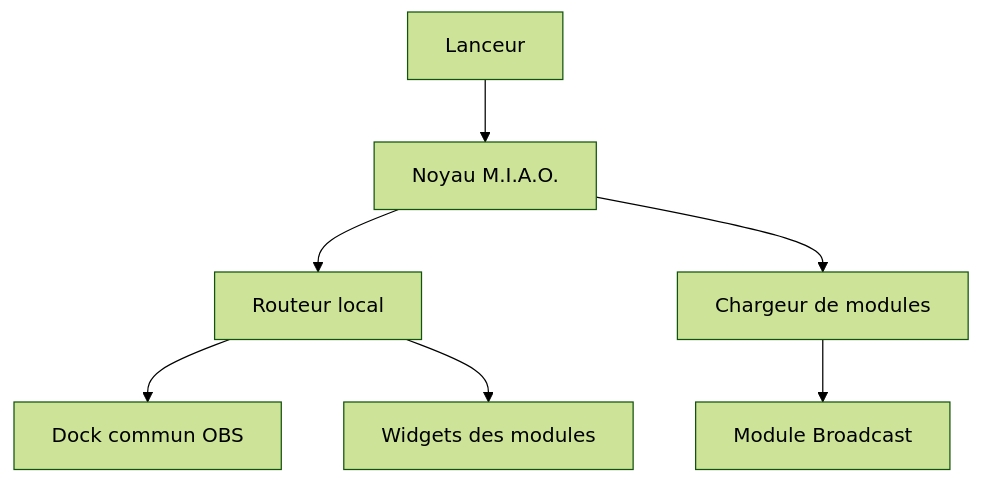
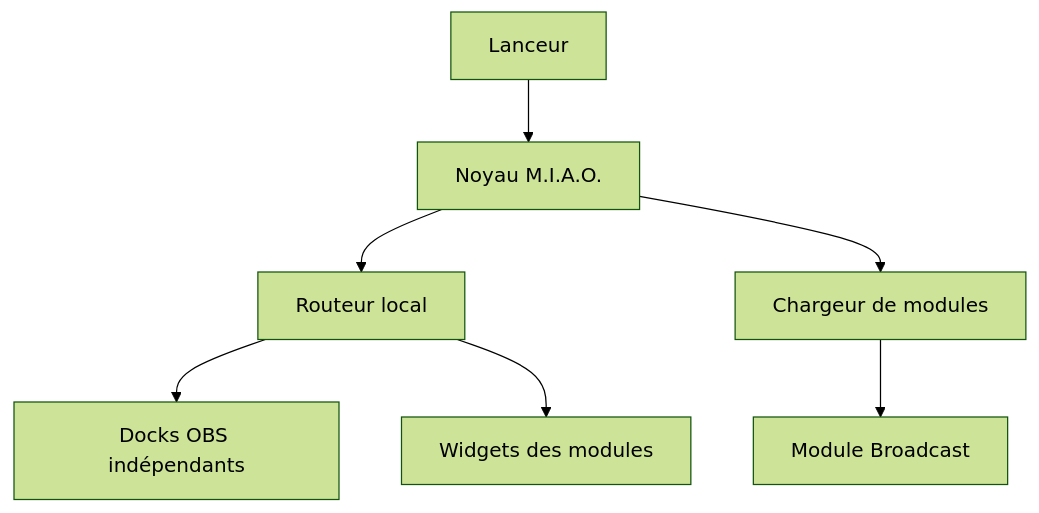
The diagram in docs/ARCHITECTURE.md (Nexplys/MIAO), drawn with Mermaid (forest theme) before and after one commit. The commit also changed other lines of this file and 21 other files, not shown here.

````diff
--- a/docs/ARCHITECTURE.md
+++ b/docs/ARCHITECTURE.md
@@ -7,9 +7,9 @@
 ```mermaid
 flowchart TD
     L[Lanceur] --> C[Noyau M.I.A.O.]
     C --> R[Routeur local]
     C --> M[Chargeur de modules]
     M --> B[Module Broadcast]
-    R --> D[Dock commun OBS]
+    R --> D[Docks OBS indépendants]
     R --> W[Widgets des modules]
 ```
````
